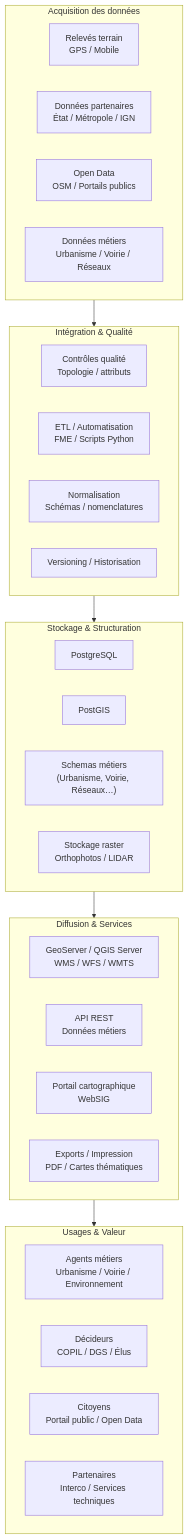
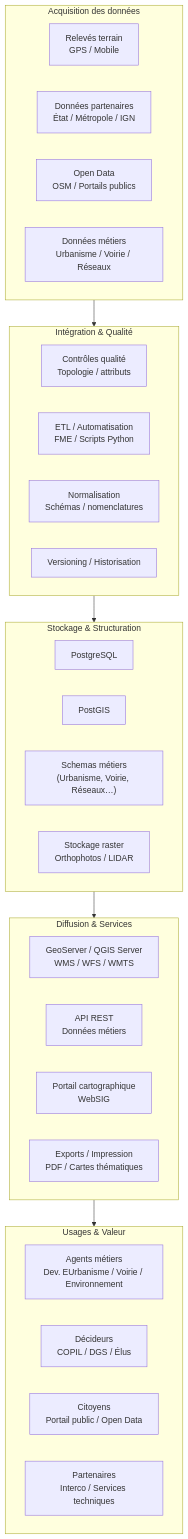
One commit to fdadda/iodraw-files changed the diagram in all/C.md. Above: the diagram before and after it, drawn with Mermaid.

Commit message:
2026-06-23 15:02:13 update

````diff
--- a/all/C.md
+++ b/all/C.md
@@ -1,50 +1,50 @@
 ```mermaid
 flowchart TD
 
     %% --- Acquisition ---
     subgraph ACQ["Acquisition des données"]
         A1["Relevés terrain<br/>GPS / Mobile"]
         A2["Données partenaires<br/>État / Métropole / IGN"]
         A3["Open Data<br/>OSM / Portails publics"]
         A4["Données métiers<br/>Urbanisme / Voirie / Réseaux"]
     end
 
     %% --- Intégration ---
     subgraph INT["Intégration & Qualité"]
         B1["Contrôles qualité<br/>Topologie / attributs"]
         B2["ETL / Automatisation<br/>FME / Scripts Python"]
         B3["Normalisation<br/>Schémas / nomenclatures"]
         B4["Versioning / Historisation"]
     end
 
     %% --- Stockage ---
     subgraph STO["Stockage & Structuration"]
         C1["PostgreSQL"]
         C2["PostGIS"]
         C3["Schemas métiers<br/>(Urbanisme, Voirie, Réseaux…)"]
         C4["Stockage raster<br/>Orthophotos / LIDAR"]
     end
 
     %% --- Diffusion ---
     subgraph DIF["Diffusion & Services"]
         D1["GeoServer / QGIS Server<br/>WMS / WFS / WMTS"]
         D2["API REST<br/>Données métiers"]
         D3["Portail cartographique<br/>WebSIG"]
         D4["Exports / Impression<br/>PDF / Cartes thématiques"]
     end
 
     %% --- Usages ---
     subgraph USA["Usages & Valeur"]
-        E1["Agents métiers<br/>Urbanisme / Voirie / Environnement"]
+        E1["Agents métiers<br/>Dev. EUrbanisme / Voirie / Environnement"]
         E2["Décideurs<br/>COPIL / DGS / Élus"]
         E3["Citoyens<br/>Portail public / Open Data"]
         E4["Partenaires<br/>Interco / Services techniques"]
     end
 
     %% --- Flux ---
     ACQ --> INT
     INT --> STO
     STO --> DIF
     DIF --> USA
 
 ```
````
